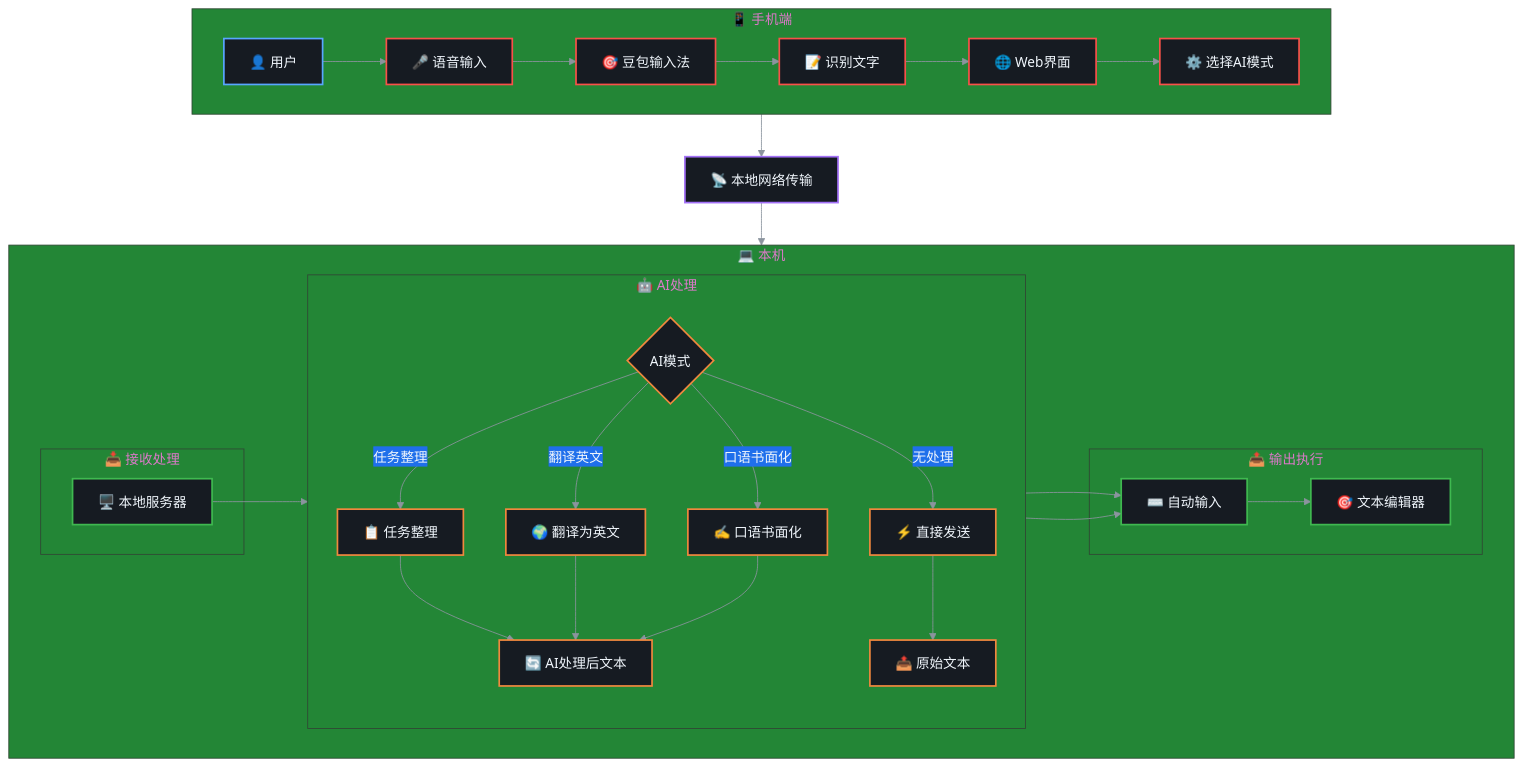
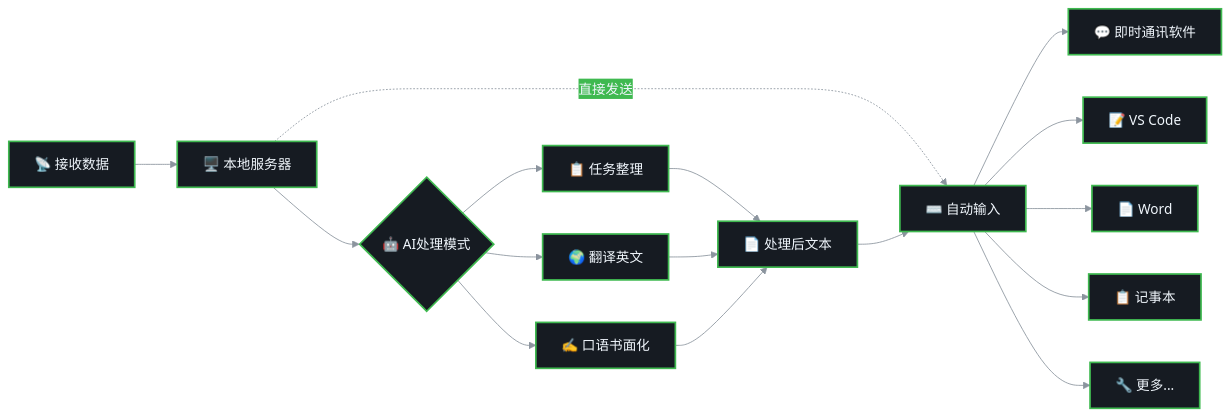
The second of 2 diagrams in README.md (newbe36524/AIPut), drawn with Mermaid before and after one commit. The commit also changed other lines of this file and 1 other file, not shown here.

Commit message:
docs: Updates interaction flow diagrams
Updates the interaction flow diagrams in README and README_en
to provide a clearer and more accurate representation of
the mobile and computer end processing.
Revises diagrams and descriptions for better clarity.

````diff
--- a/README.md
+++ b/README.md
@@ -50,78 +81,40 @@
 ```mermaid
 %%{init: {
   'theme': 'base',
   'themeVariables': {
     'primaryColor': '#0d1117',
     'primaryTextColor': '#f0f6fc',
     'primaryBorderColor': '#30363d',
     'lineColor': '#8b949e',
     'sectionBkgColor': '#161b22',
     'altSectionBkgColor': '#0d1117',
     'gridColor': '#30363d',
-    'secondaryColor': '#1f6feb',
-    'tertiaryColor': '#238636',
+    'secondaryColor': '#3fb950',
+    'tertiaryColor': '#3fb950',
     'background': '#0d1117'
   }
 }}%%
-flowchart TD
-    %% 第一行：手机端横向展示
-    subgraph Mobile[📱 手机端]
-        direction LR
-        User[👤 用户] --> VoiceInput[🎤 语音输入]
-        VoiceInput --> DouyinInput[🎯 豆包输入法]
-        DouyinInput --> TextResult[📝 识别文字]
-        TextResult --> WebInterface[🌐 Web界面]
-        WebInterface --> AIModeSelect[⚙️ 选择AI模式]
-    end
+flowchart LR
+    Receive[📡 接收数据] --> LocalServer[🖥️ 本地服务器]
 
-    %% 第二行：局域网传输
-    AIModeSelect --> Transmit[📡 本地网络传输]
+    LocalServer --> AIMode{🤖 AI处理模式}
+    LocalServer -.->|直接发送| AutoType[⌨️ 自动输入]
 
-    %% 第三行：本机处理
-    subgraph LocalPC[💻 本机]
-        direction LR
-        subgraph LeftSide[📥 接收处理]
-            LocalServer[🖥️ 本地服务器]
-        end
+    AIMode --> TaskOrganize[📋 任务整理]
+    AIMode --> TranslateEN[🌍 翻译英文]
+    AIMode --> Formalize[✍️ 口语书面化]
 
-        subgraph CenterSide[🤖 AI处理]
-            direction TB
-            AIMode{AI模式}
-            AIMode -->|无处理| DirectSend[⚡ 直接发送]
-            AIMode -->|任务整理| TaskOrganize[📋 任务整理]
-            AIMode -->|翻译英文| TranslateEN[🌍 翻译为英文]
-            AIMode -->|口语书面化| Formalize[✍️ 口语书面化]
+    TaskOrganize --> ProcessedText[📄 处理后文本]
+    TranslateEN --> ProcessedText
+    Formalize --> ProcessedText
 
-            TaskOrganize --> ProcessedText[🔄 AI处理后文本]
-            TranslateEN --> ProcessedText
-            Formalize --> ProcessedText
-            DirectSend --> OriginalText[📤 原始文本]
-        end
+    ProcessedText --> AutoType
 
-        subgraph RightSide[📤 输出执行]
-            AutoType[⌨️ 自动输入]
-            TargetApp[🎯 文本编辑器]
-        end
-    end
+    AutoType --> IM[💬 即时通讯软件]
+    AutoType --> VSCode[📝 VS Code]
+    AutoType --> Word[📄 Word]
+    AutoType --> Notepad[📋 记事本]
+    AutoType --> Others[🔧 更多...]
 
-    %% 连接关系
-    Transmit --> LocalServer
-    LocalServer --> AIMode
-    ProcessedText --> AutoType
-    OriginalText --> AutoType
-    AutoType --> TargetApp
-
-    %% 节点样式 - 深色主题适配
-    classDef userNode fill:#161b22,stroke:#58a6ff,stroke-width:2px,color:#f0f6fc
-    classDef phoneNode fill:#161b22,stroke:#f85149,stroke-width:2px,color:#f0f6fc
-    classDef networkNode fill:#161b22,stroke:#a371f7,stroke-width:2px,color:#f0f6fc
-    classDef serverNode fill:#161b22,stroke:#3fb950,stroke-width:2px,color:#f0f6fc
-    classDef aiNode fill:#161b22,stroke:#f0883e,stroke-width:2px,color:#f0f6fc
-
-    %% 应用样式到节点
-    class User userNode
-    class VoiceInput,DouyinInput,TextResult,WebInterface,AIModeSelect phoneNode
-    class Transmit networkNode
-    class LocalServer,AutoType,TargetApp serverNode
-    class AIMode,TaskOrganize,TranslateEN,Formalize,DirectSend,ProcessedText,OriginalText aiNode
+    classDef default fill:#161b22,stroke:#3fb950,stroke-width:2px,color:#f0f6fc
 ```
````
